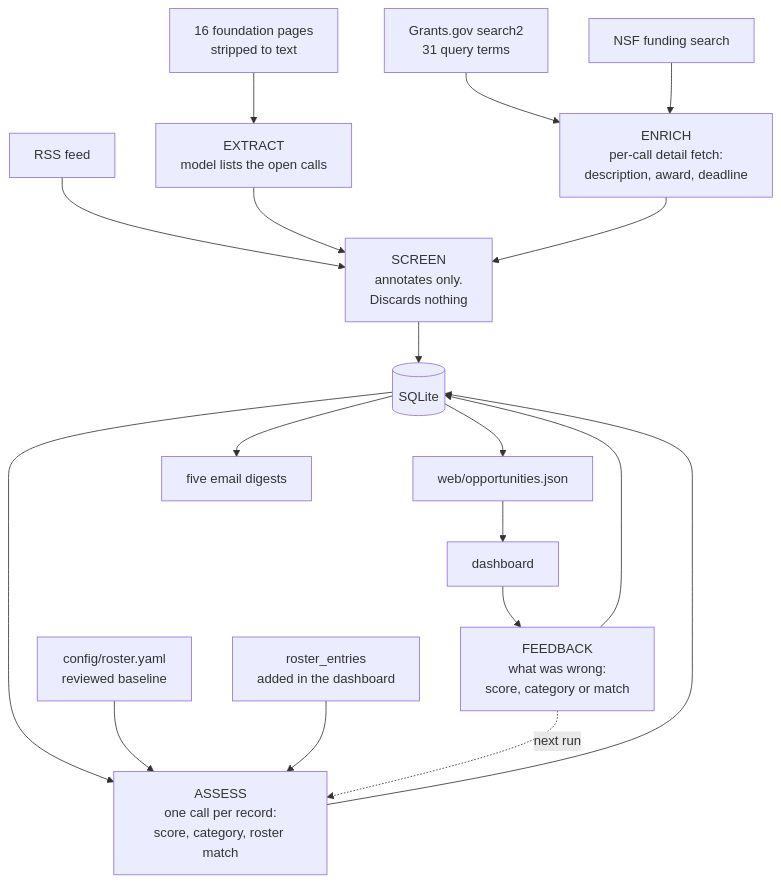
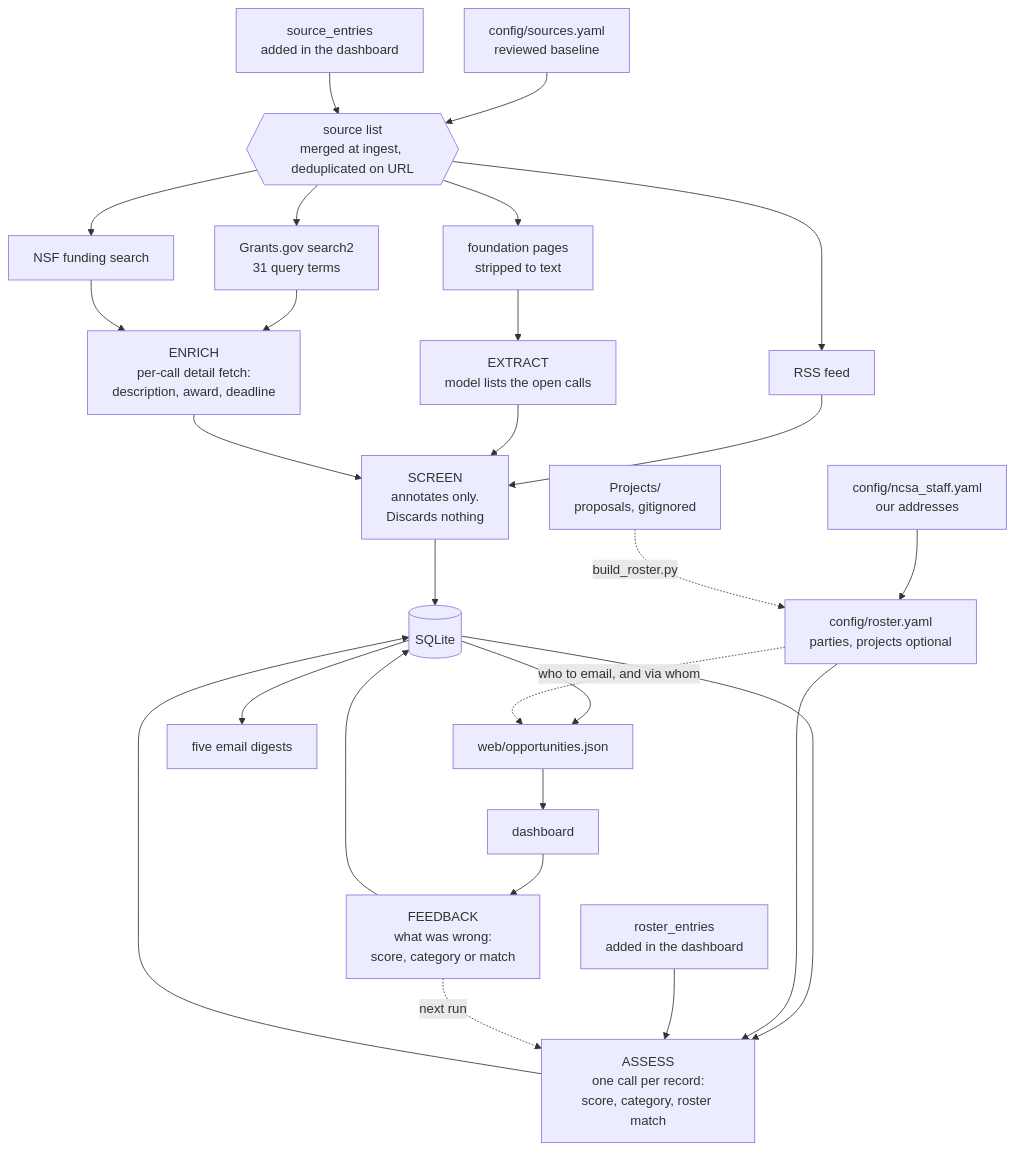
Before and after one commit to longshuicy/grant-sift: the first of 3 diagrams in README.md, drawn with Mermaid. The commit also changed other lines of this file and 18 other files, not shown here.

````diff
--- a/README.md
+++ b/README.md
@@ -62,19 +66,29 @@
 ```mermaid
 flowchart TD
+    SRC["config/sources.yaml<br/>reviewed baseline"] --> SL
+    SRC2["source_entries<br/>added in the dashboard"] --> SL
+    SL{{"source list<br/>merged at ingest, deduplicated on URL"}}
+    SL --> A1
+    SL --> A2
+    SL --> A3
+    SL --> A4
     A1["Grants.gov search2<br/>31 query terms"] --> E
     A2["NSF funding search"] --> E
     A3["RSS feed"] --> SC
-    A4["16 foundation pages<br/>stripped to text"] --> X
+    A4["foundation pages<br/>stripped to text"] --> X
     X["EXTRACT<br/>model lists the open calls"] --> SC
     E["ENRICH<br/>per-call detail fetch:<br/>description, award, deadline"] --> SC
     SC["SCREEN<br/>annotates only.<br/>Discards nothing"] --> S[("SQLite")]
     S --> AS["ASSESS<br/>one call per record:<br/>score, category, roster match"]
-    R1["config/roster.yaml<br/>reviewed baseline"] --> AS
+    R1["config/roster.yaml<br/>parties, projects optional"] --> AS
     R2["roster_entries<br/>added in the dashboard"] --> AS
+    R3["config/ncsa_staff.yaml<br/>our addresses"] --> R1
+    P["Projects/<br/>proposals, gitignored"] -.->|"build_roster.py"| R1
     AS --> S
     S --> J["web/opportunities.json"] --> D["dashboard"]
+    R1 -.->|"who to email, and via whom"| J
     S --> G["five email digests"]
     D --> F["FEEDBACK<br/>what was wrong:<br/>score, category or match"]
     F --> S
     F -.->|"next run"| AS
 ```
````
